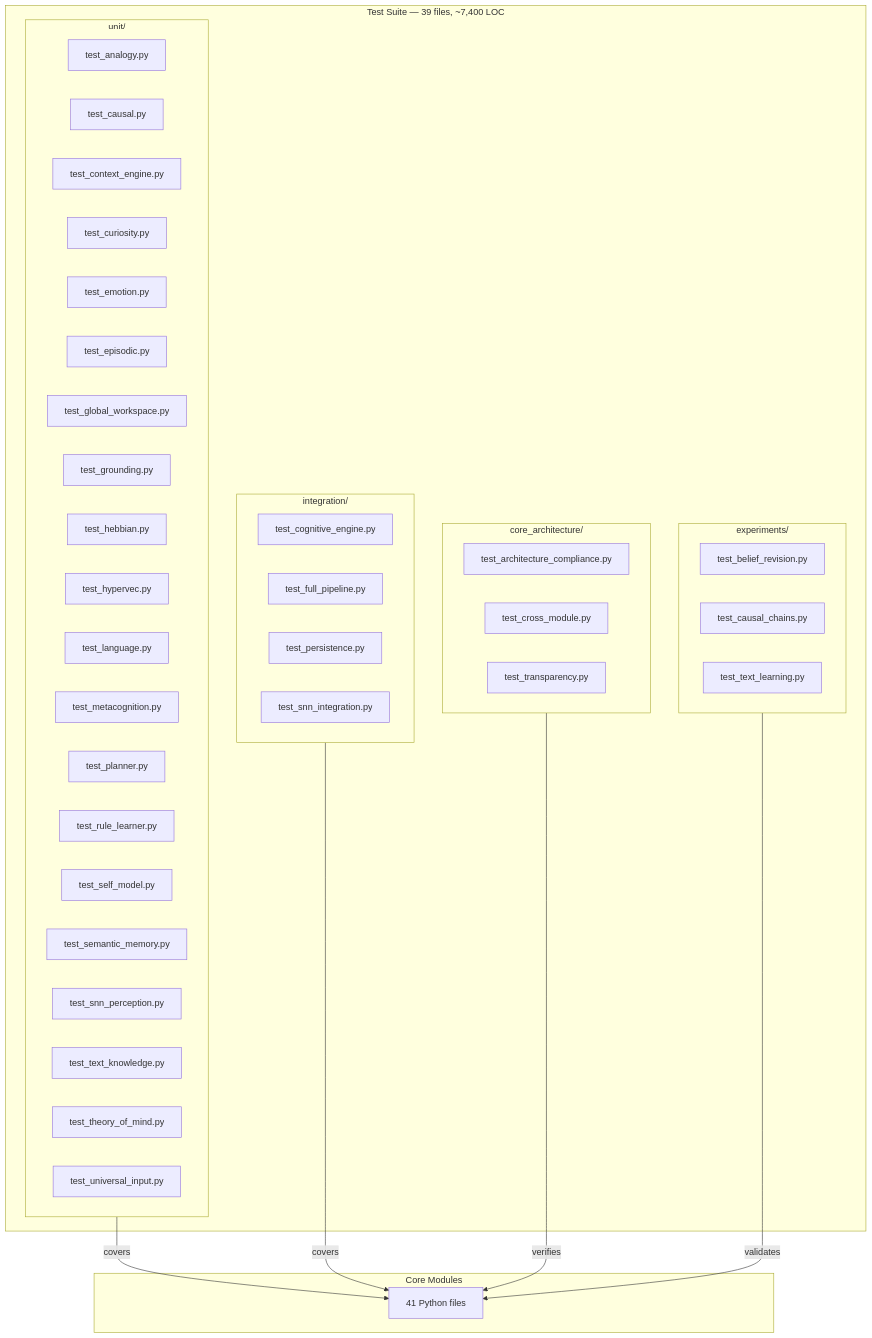
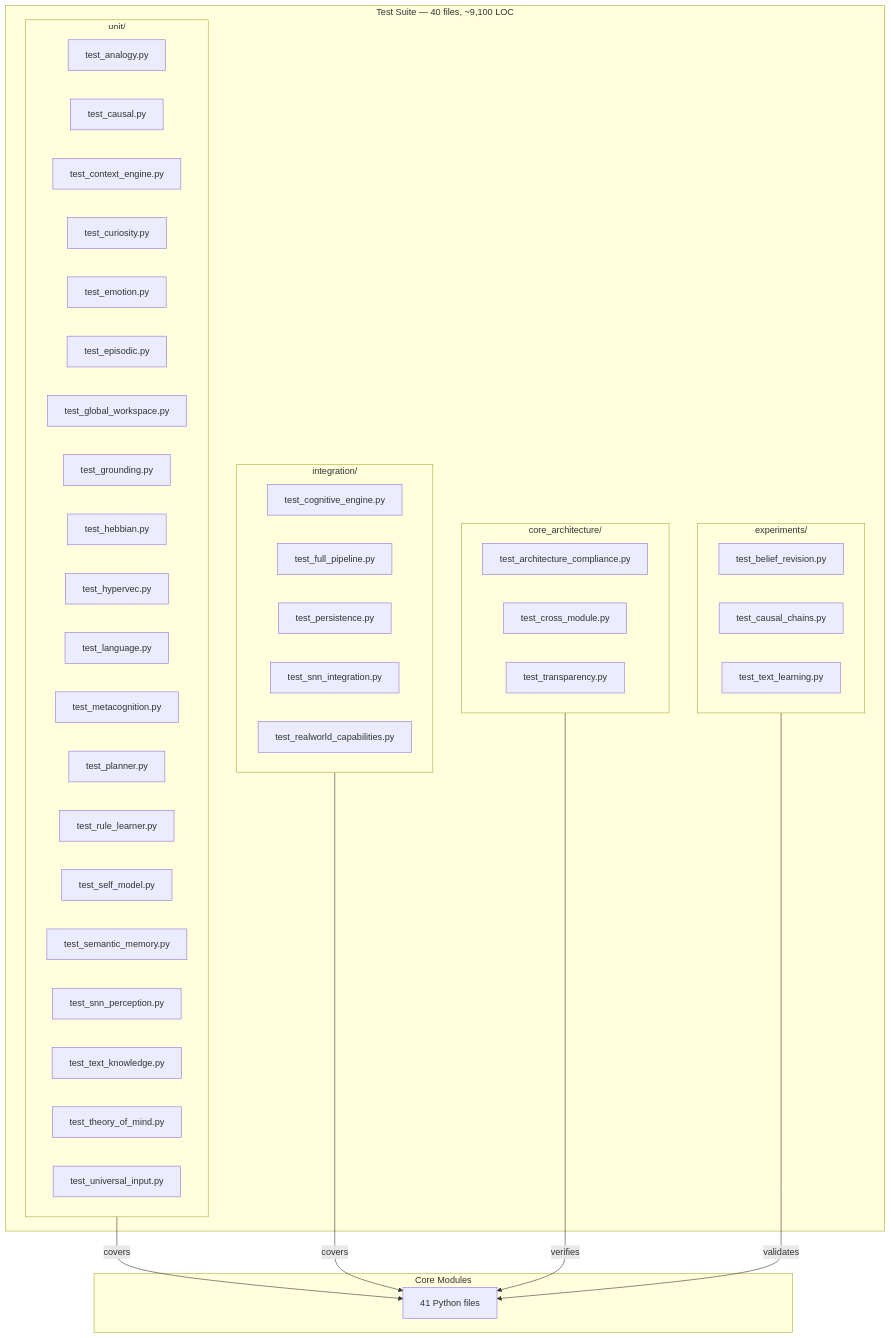
One commit to shiva2321/Neuro-Symbolic-Cognitive-Kernel changed the sixth of 6 diagrams in nsck/docs/REPOMAP.md. Above: the diagram before and after it, drawn with Mermaid. The commit also changed other lines of this file and 4 other files, not shown here.

Commit message:
docs: update MODULE_REFERENCE, ARCHITECTURE, TESTING, FORMULAS, REPOMAP for recent code changes

````diff
--- a/nsck/docs/REPOMAP.md
+++ b/nsck/docs/REPOMAP.md
@@ -354,55 +354,56 @@
 ```mermaid
 graph TD
-    subgraph TestSuite["Test Suite — 39 files, ~7,400 LOC"]
+    subgraph TestSuite["Test Suite — 40 files, ~9,100 LOC"]
         subgraph Unit["unit/"]
             TU1["test_analogy.py"]
             TU2["test_causal.py"]
             TU3["test_context_engine.py"]
             TU4["test_curiosity.py"]
             TU5["test_emotion.py"]
             TU6["test_episodic.py"]
             TU7["test_global_workspace.py"]
             TU8["test_grounding.py"]
             TU9["test_hebbian.py"]
             TU10["test_hypervec.py"]
             TU11["test_language.py"]
             TU12["test_metacognition.py"]
             TU13["test_planner.py"]
             TU14["test_rule_learner.py"]
             TU15["test_self_model.py"]
             TU16["test_semantic_memory.py"]
             TU17["test_snn_perception.py"]
             TU18["test_text_knowledge.py"]
             TU19["test_theory_of_mind.py"]
             TU20["test_universal_input.py"]
         end
 
         subgraph Integration["integration/"]
             TI1["test_cognitive_engine.py"]
             TI2["test_full_pipeline.py"]
             TI3["test_persistence.py"]
             TI4["test_snn_integration.py"]
+            TI5["test_realworld_capabilities.py"]
         end
 
         subgraph CoreArch["core_architecture/"]
             TC1["test_architecture_compliance.py"]
             TC2["test_cross_module.py"]
             TC3["test_transparency.py"]
         end
 
         subgraph Experiments["experiments/"]
             TE1["test_belief_revision.py"]
             TE2["test_causal_chains.py"]
             TE3["test_text_learning.py"]
         end
     end
 
     subgraph Modules["Core Modules"]
         M1["41 Python files"]
     end
 
     Unit -->|"covers"| M1
     Integration -->|"covers"| M1
     CoreArch -->|"verifies"| M1
     Experiments -->|"validates"| M1
 ```
````
